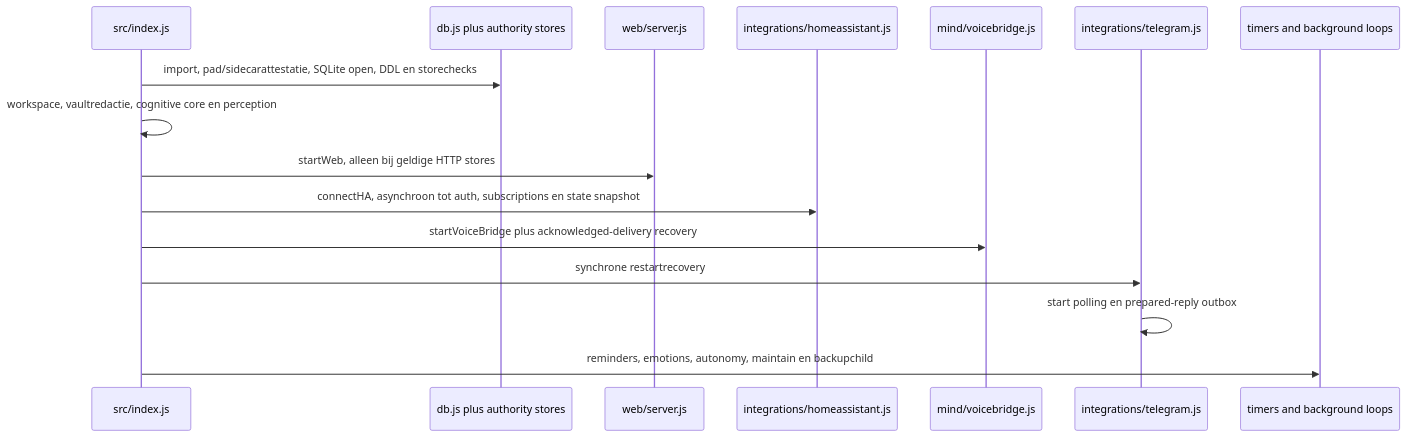
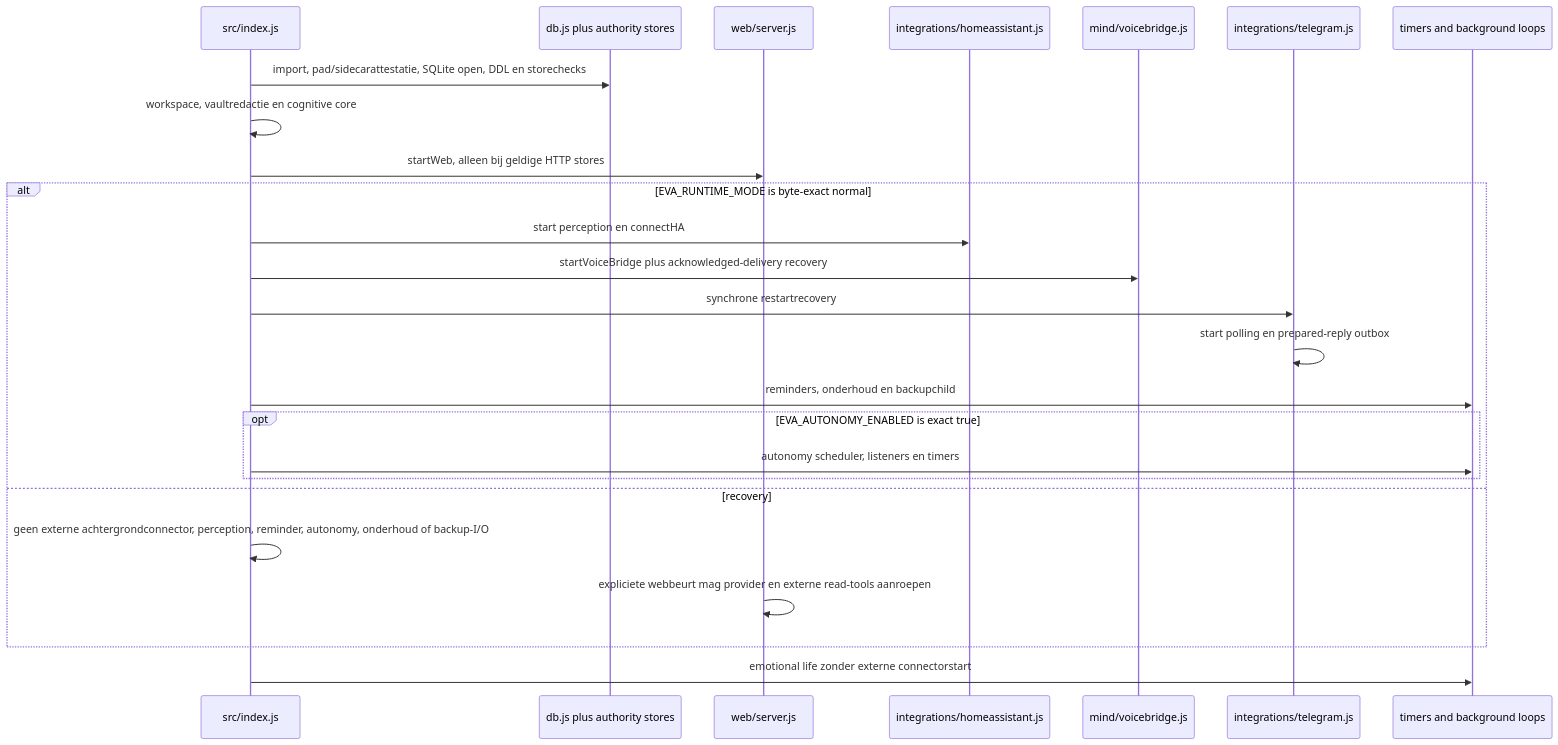
Before and after one commit to jaapfrank/eva: the second of 15 diagrams in docs/eva-runtime-contracts.md, drawn with Mermaid. The commit also changed other lines of this file and 8 other files, not shown here.

Commit message:
refresh recovery architecture and quality evidence

````diff
--- a/docs/eva-runtime-contracts.md
+++ b/docs/eva-runtime-contracts.md
@@ -168,19 +177,28 @@
 ```mermaid
 sequenceDiagram
   participant I as src/index.js
   participant DB as db.js plus authority stores
   participant W as web/server.js
   participant HA as integrations/homeassistant.js
   participant V as mind/voicebridge.js
   participant T as integrations/telegram.js
   participant L as timers and background loops
 
   I->>DB: import, pad/sidecarattestatie, SQLite open, DDL en storechecks
-  I->>I: workspace, vaultredactie, cognitive core en perception
+  I->>I: workspace, vaultredactie en cognitive core
   I->>W: startWeb, alleen bij geldige HTTP stores
-  I->>HA: connectHA, asynchroon tot auth, subscriptions en state snapshot
-  I->>V: startVoiceBridge plus acknowledged-delivery recovery
-  I->>T: synchrone restartrecovery
-  T->>T: start polling en prepared-reply outbox
-  I->>L: reminders, emotions, autonomy, maintain en backupchild
+  alt EVA_RUNTIME_MODE is byte-exact normal
+    I->>HA: start perception en connectHA
+    I->>V: startVoiceBridge plus acknowledged-delivery recovery
+    I->>T: synchrone restartrecovery
+    T->>T: start polling en prepared-reply outbox
+    I->>L: reminders, onderhoud en backupchild
+    opt EVA_AUTONOMY_ENABLED is exact true
+      I->>L: autonomy scheduler, listeners en timers
+    end
+  else recovery
+    I->>I: geen externe achtergrondconnector, perception, reminder, autonomy, onderhoud of backup-I/O
+    W->>W: expliciete webbeurt mag provider en externe read-tools aanroepen
+  end
+  I->>L: emotional life zonder externe connectorstart
 ```
````
